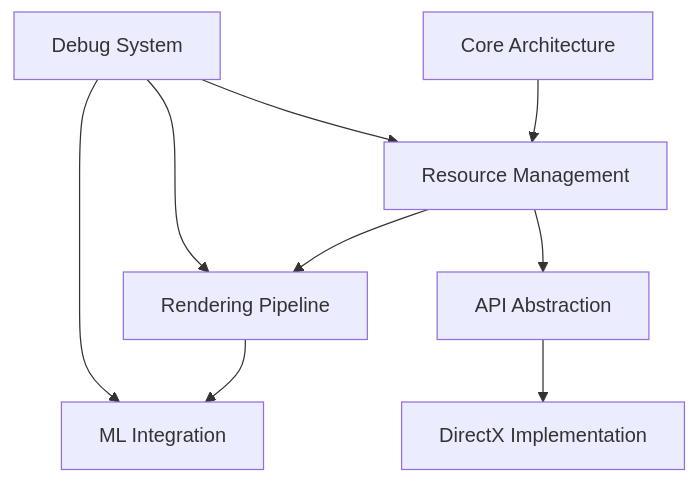
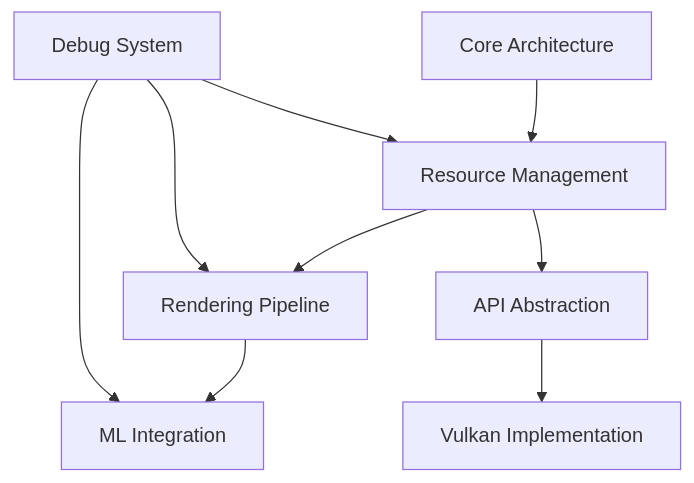
Before and after one commit to ariargenta/yashima-engine: diagram 16 of 33 in docs/design/vision-and-scope.md, drawn with Mermaid. The commit also changed other lines of this file and 1 other file, not shown here.

````diff
--- a/docs/design/vision-and-scope.md
+++ b/docs/design/vision-and-scope.md
@@ -1031,12 +1031,12 @@
 ```mermaid
 graph TD
     A[Core Architecture] --> B[Resource Management]
     B --> C[Rendering Pipeline]
     C --> D[ML Integration]
     B --> E[API Abstraction]
-    E --> F[DirectX Implementation]
+    E --> F[Vulkan Implementation]
     
     G[Debug System] --> B
     G --> C
     G --> D
 ```
````
